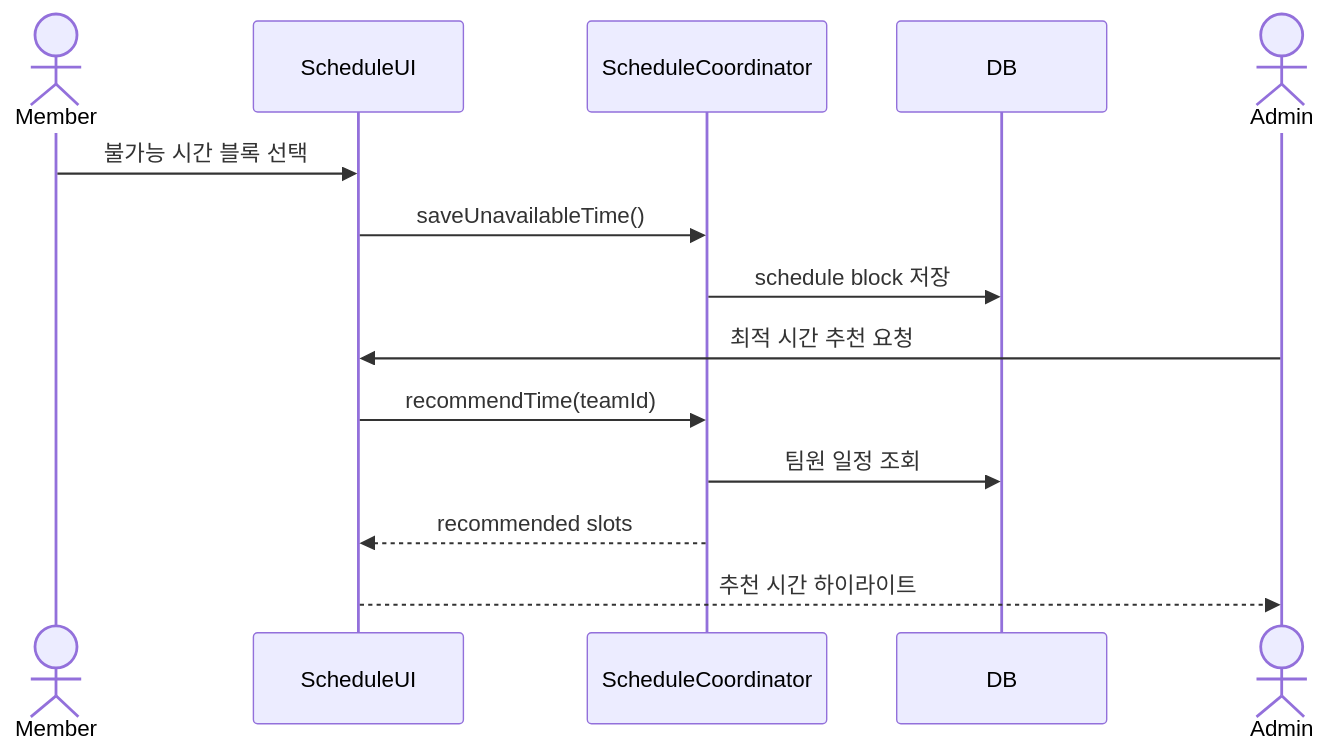
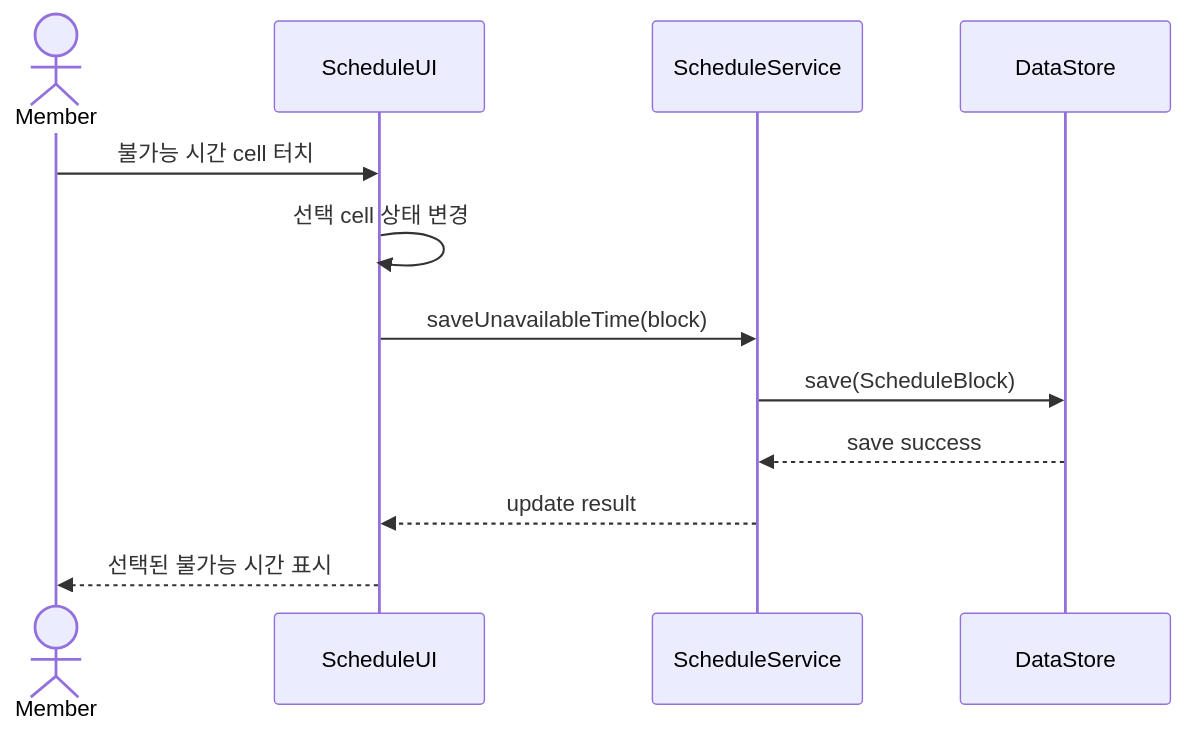
One commit to goldong23/Jo-Yul changed the sixth of 16 diagrams in Design_22411923_홍주은.md. Above: the diagram before and after it, drawn with Mermaid. The commit also changed other lines of this file, not shown here.

Commit message:
설계 문서 다이어그램 중심으로 재구성

````diff
--- a/Design_22411923_홍주은.md
+++ b/Design_22411923_홍주은.md
@@ -305,17 +358,15 @@
 ```mermaid
 sequenceDiagram
     actor Member
     participant ScheduleUI
-    participant ScheduleCoordinator
-    participant DB
-    actor Admin
+    participant ScheduleService
+    participant DataStore
 
-    Member->>ScheduleUI: 불가능 시간 블록 선택
-    ScheduleUI->>ScheduleCoordinator: saveUnavailableTime()
-    ScheduleCoordinator->>DB: schedule block 저장
-    Admin->>ScheduleUI: 최적 시간 추천 요청
-    ScheduleUI->>ScheduleCoordinator: recommendTime(teamId)
-    ScheduleCoordinator->>DB: 팀원 일정 조회
-    ScheduleCoordinator-->>ScheduleUI: recommended slots
-    ScheduleUI-->>Admin: 추천 시간 하이라이트
+    Member->>ScheduleUI: 불가능 시간 cell 터치
+    ScheduleUI->>ScheduleUI: 선택 cell 상태 변경
+    ScheduleUI->>ScheduleService: saveUnavailableTime(block)
+    ScheduleService->>DataStore: save(ScheduleBlock)
+    DataStore-->>ScheduleService: save success
+    ScheduleService-->>ScheduleUI: update result
+    ScheduleUI-->>Member: 선택된 불가능 시간 표시
 ```
````
